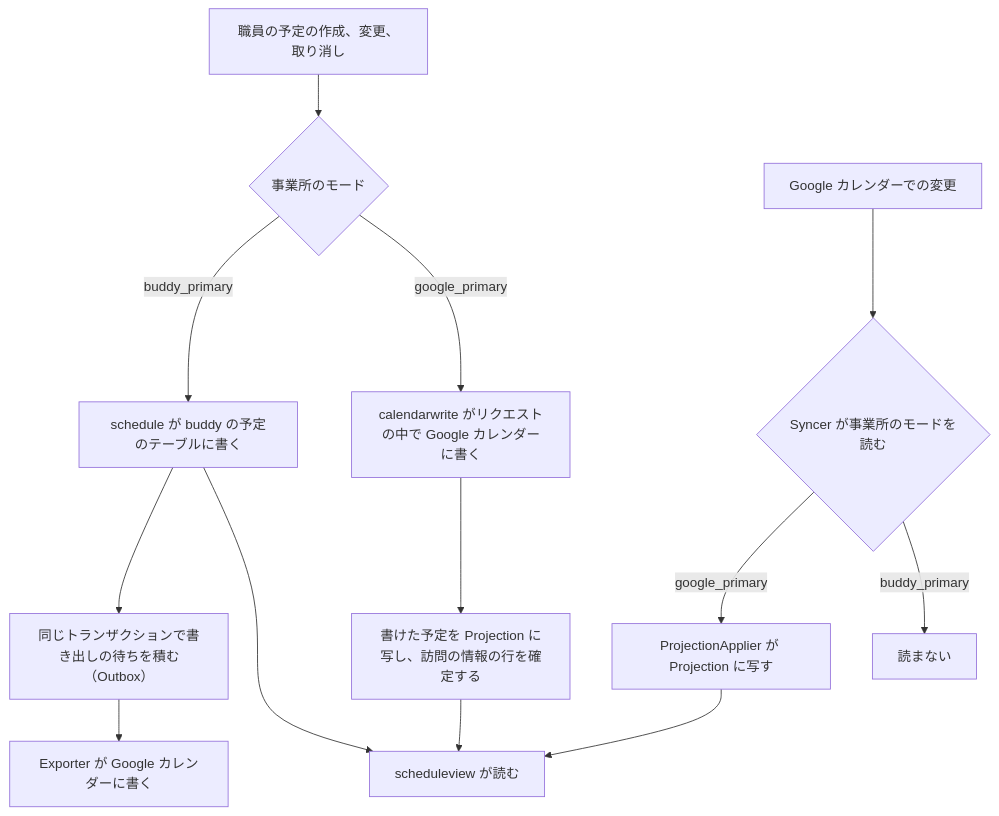
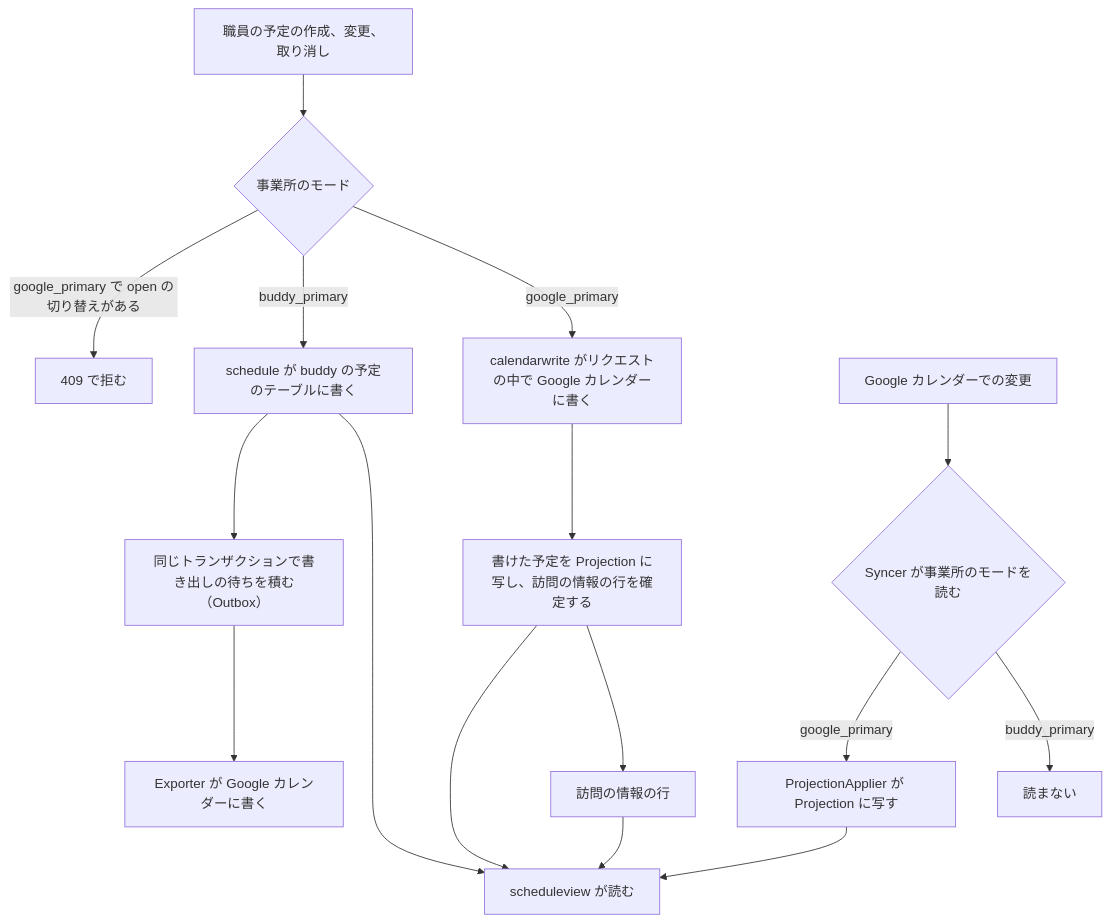
The second of 2 diagrams in docs/adr/0009-google-calendar-sync.md (Fukuemon/buddy), drawn with Mermaid before and after one commit. The commit also changed other lines of this file and 4 other files, not shown here.

````diff
--- a/docs/adr/0009-google-calendar-sync.md
+++ b/docs/adr/0009-google-calendar-sync.md
@@ -104,15 +103,18 @@
 ```mermaid
 flowchart TB
     staff["職員の予定の作成、変更、取り消し"] --> mode{"事業所のモード"}
+    mode -->|google_primary で open の切り替えがある| reject["409 で拒む"]
     mode -->|buddy_primary| schedule["schedule が buddy の予定のテーブルに書く"]
     schedule --> outbox["同じトランザクションで書き出しの待ちを積む（Outbox）"]
     outbox --> exporter["Exporter が Google カレンダーに書く"]
     mode -->|google_primary| cwrite["calendarwrite がリクエストの中で Google カレンダーに書く"]
     cwrite --> proj["書けた予定を Projection に写し、訪問の情報の行を確定する"]
     google["Google カレンダーでの変更"] --> syncer{"Syncer が事業所のモードを読む"}
     syncer -->|google_primary| papplier["ProjectionApplier が Projection に写す"]
     syncer -->|buddy_primary| skip["読まない"]
     proj --> view["scheduleview が読む"]
+    proj --> visit["訪問の情報の行"]
+    visit --> view
     papplier --> view
     schedule --> view
 ```
````
